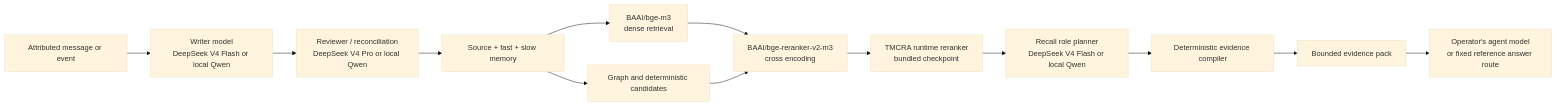
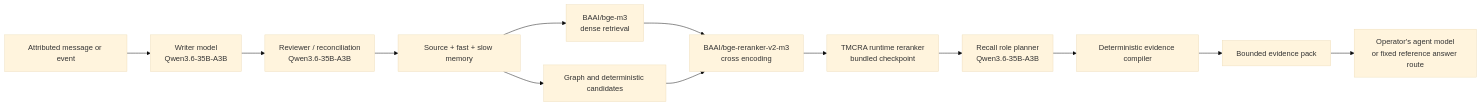
One commit to reshuibuduo/tmcra changed the diagram in docs/PRODUCTION_MODEL_STACK.md. Above: the diagram before and after it, drawn with Mermaid (base theme). The commit also changed other lines of this file and 18 other files, not shown here.

````diff
--- a/docs/PRODUCTION_MODEL_STACK.md
+++ b/docs/PRODUCTION_MODEL_STACK.md
@@ -13,22 +18,22 @@
 ```mermaid
 flowchart LR
   EVENT["Attributed message or event"]
-  WRITER["Writer model<br/>DeepSeek V4 Flash or local Qwen"]
-  REVIEW["Reviewer / reconciliation<br/>DeepSeek V4 Pro or local Qwen"]
+  WRITER["Writer model<br/>Qwen3.6-35B-A3B"]
+  REVIEW["Reviewer / reconciliation<br/>Qwen3.6-35B-A3B"]
   STORE["Source + fast + slow memory"]
   EMBED["BAAI/bge-m3<br/>dense retrieval"]
   GRAPH["Graph and deterministic candidates"]
   VR["TMCRA runtime reranker<br/>bundled checkpoint"]
   CROSS["BAAI/bge-reranker-v2-m3<br/>cross encoding"]
-  PLAN["Recall role planner<br/>DeepSeek V4 Flash or local Qwen"]
+  PLAN["Recall role planner<br/>Qwen3.6-35B-A3B"]
   COMPILE["Deterministic evidence compiler"]
   PACK["Bounded evidence pack"]
   AGENT["Operator's agent model<br/>or fixed reference answer route"]
 
   EVENT --> WRITER --> REVIEW --> STORE
   STORE --> EMBED
   STORE --> GRAPH
   EMBED --> CROSS
   GRAPH --> CROSS
   CROSS --> VR --> PLAN --> COMPILE --> PACK --> AGENT
 ```
````
